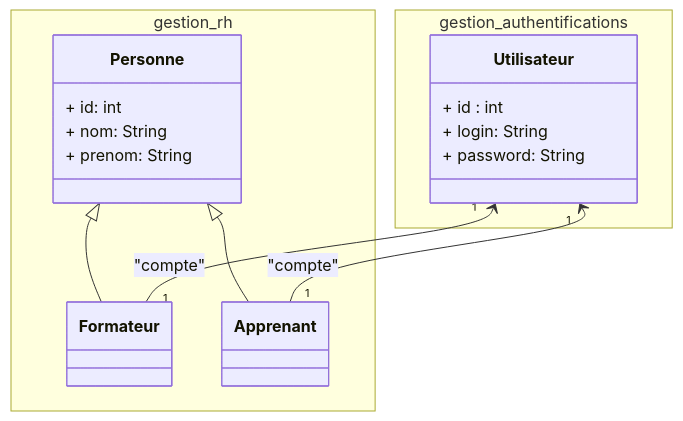
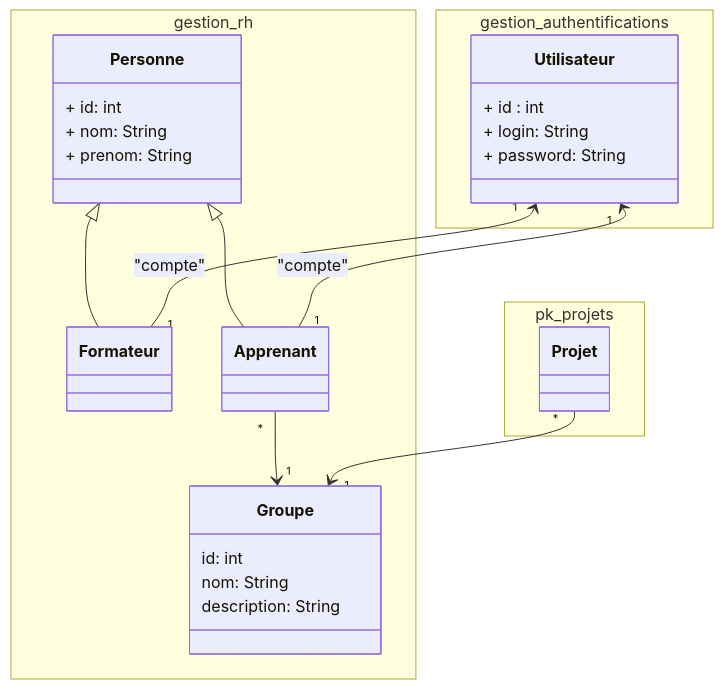
Before and after one commit to zaani12/prototype: the diagram in modélisation/pkg_rh/classes_pkg_rh.mmd, drawn with Mermaid. The commit also changed 31 other files, not shown here.

```diff
--- a/modélisation/pkg_rh/classes_pkg_rh.mmd
+++ b/modélisation/pkg_rh/classes_pkg_rh.mmd
@@ -1,25 +1,45 @@
 classDiagram
 
 namespace gestion_rh{
+
 class Personne {
     + id: int 
     + nom: String 
     + prenom: String 
 }
 class Formateur 
 class Apprenant
+
+class  Groupe {
+    id: int
+    nom: String
+    description: String
 }
 
 
+}
+
+namespace pk_projets {
+  class Projet
+
+}
+
+
+
 namespace gestion_authentifications {
+
 class Utilisateur {
     + id : int
     + login: String 
     + password: String 
 }
 }
 
 Personne <|-- Formateur
-Personne <|-- Apprenant
+Personne <|-- Apprenant 
 Utilisateur "1" <-- "1" Formateur : "compte"
 Utilisateur "1" <-- "1" Apprenant : "compte"
+
+Apprenant  "*" --> "1"  Groupe 
+
+Projet "*" --> "1" Groupe
```
